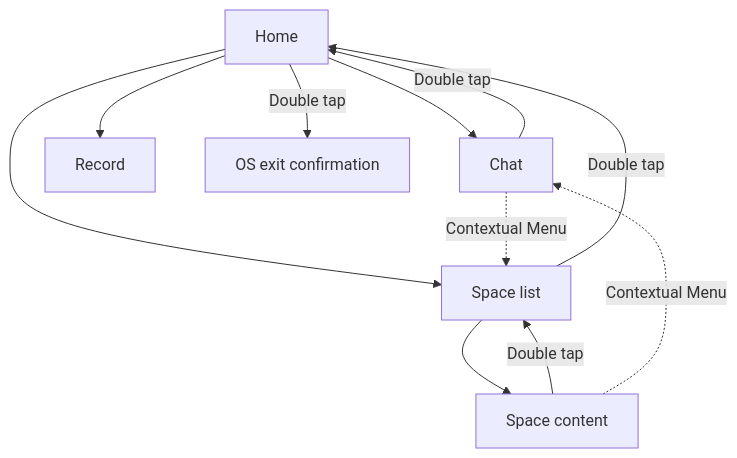
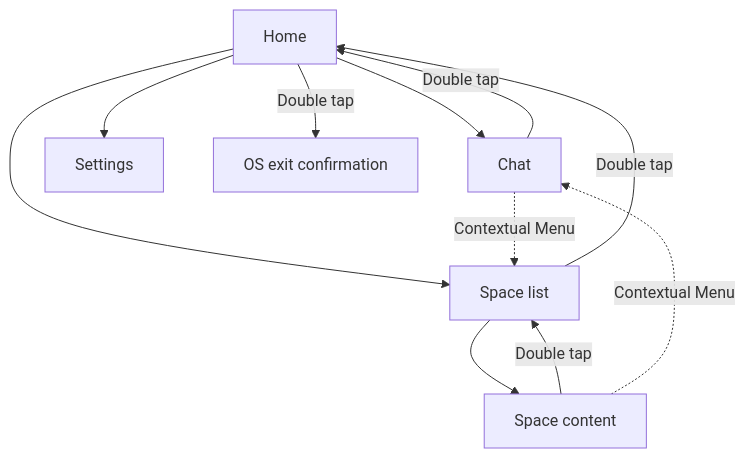
One commit to 3mintimer/muse-relay changed the third of 4 diagrams in docs/ui.md. Above: the diagram before and after it, drawn with Mermaid. The commit also changed other lines of this file and 25 other files, not shown here.

````diff
--- a/docs/ui.md
+++ b/docs/ui.md
@@ -116,13 +116,13 @@
 ```mermaid
 flowchart TD
   H[Home] --> C[Chat]
   H --> S[Space list]
-  H --> V[Record]
+  H --> P[Settings]
   S --> D[Space content]
   C -->|Double tap| H
   D -->|Double tap| S
   S -->|Double tap| H
   H -->|Double tap| E[OS exit confirmation]
   C -. Contextual Menu .-> S
   D -. Contextual Menu .-> C
 ```
````
